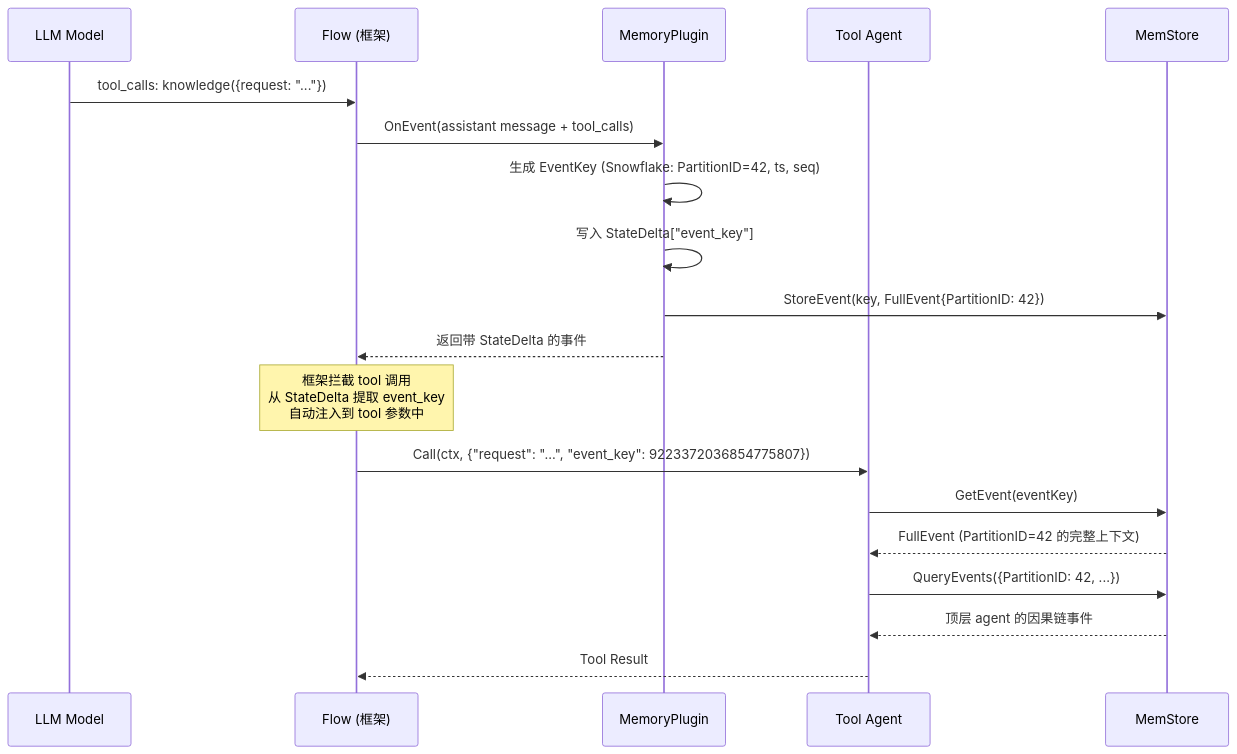
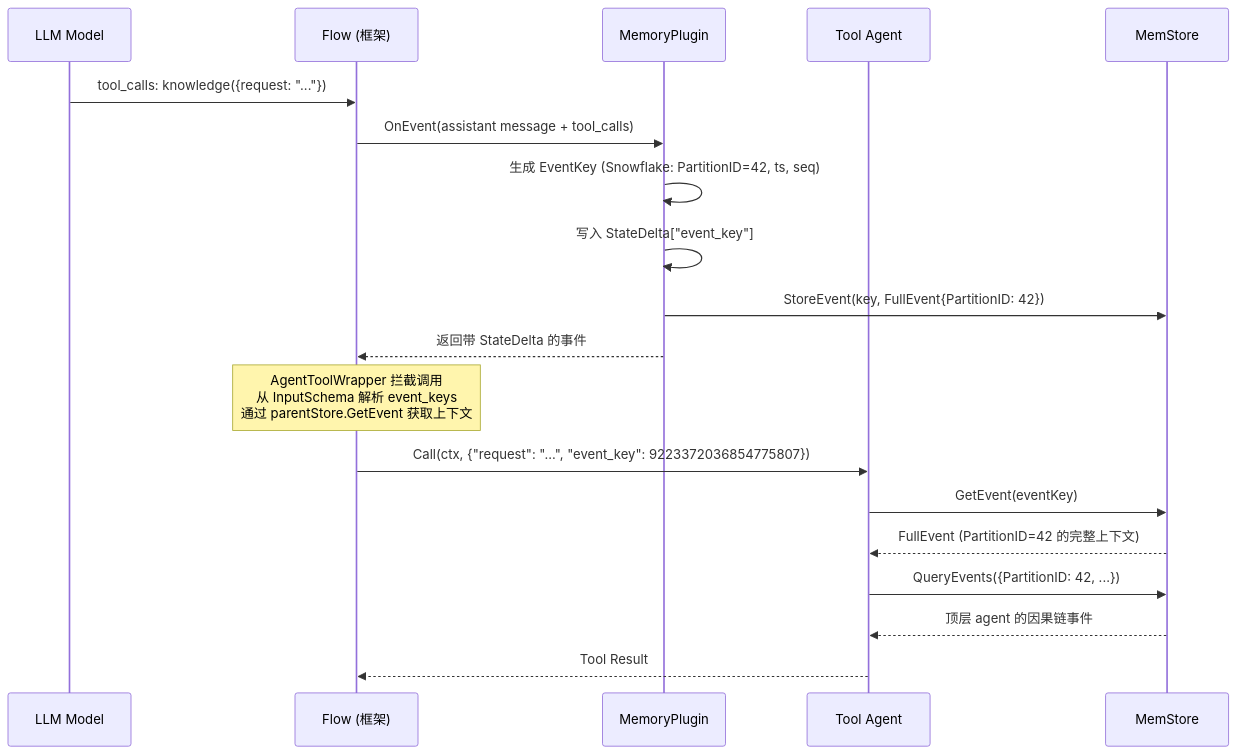
Before and after one commit to SpellingDragon/tagent: the second of 6 diagrams in docs/wiki/tool/tool-architecture.md, drawn with Mermaid. The commit also changed other lines of this file and 53 other files, not shown here.

````diff
--- a/docs/wiki/tool/tool-architecture.md
+++ b/docs/wiki/tool/tool-architecture.md
@@ -357,24 +360,24 @@
 ```mermaid
 sequenceDiagram
     participant LLM as LLM Model
     participant Flow as Flow (框架)
     participant MP as MemoryPlugin
     participant Tool as Tool Agent
     participant MS as MemStore
 
     LLM->>Flow: tool_calls: knowledge({request: "..."})
     Flow->>MP: OnEvent(assistant message + tool_calls)
     MP->>MP: 生成 EventKey (Snowflake: PartitionID=42, ts, seq)
     MP->>MP: 写入 StateDelta["event_key"]
     MP->>MS: StoreEvent(key, FullEvent{PartitionID: 42})
     MP-->>Flow: 返回带 StateDelta 的事件
 
-    Note over Flow: 框架拦截 tool 调用<br/>从 StateDelta 提取 event_key<br/>自动注入到 tool 参数中
+    Note over Flow: AgentToolWrapper 拦截调用<br/>从 InputSchema 解析 event_keys<br/>通过 parentStore.GetEvent 获取上下文
 
     Flow->>Tool: Call(ctx, {"request": "...", "event_key": 9223372036854775807})
     Tool->>MS: GetEvent(eventKey)
     MS-->>Tool: FullEvent (PartitionID=42 的完整上下文)
     Tool->>MS: QueryEvents({PartitionID: 42, ...})
     MS-->>Tool: 顶层 agent 的因果链事件
     Tool-->>Flow: Tool Result
 ```
````
